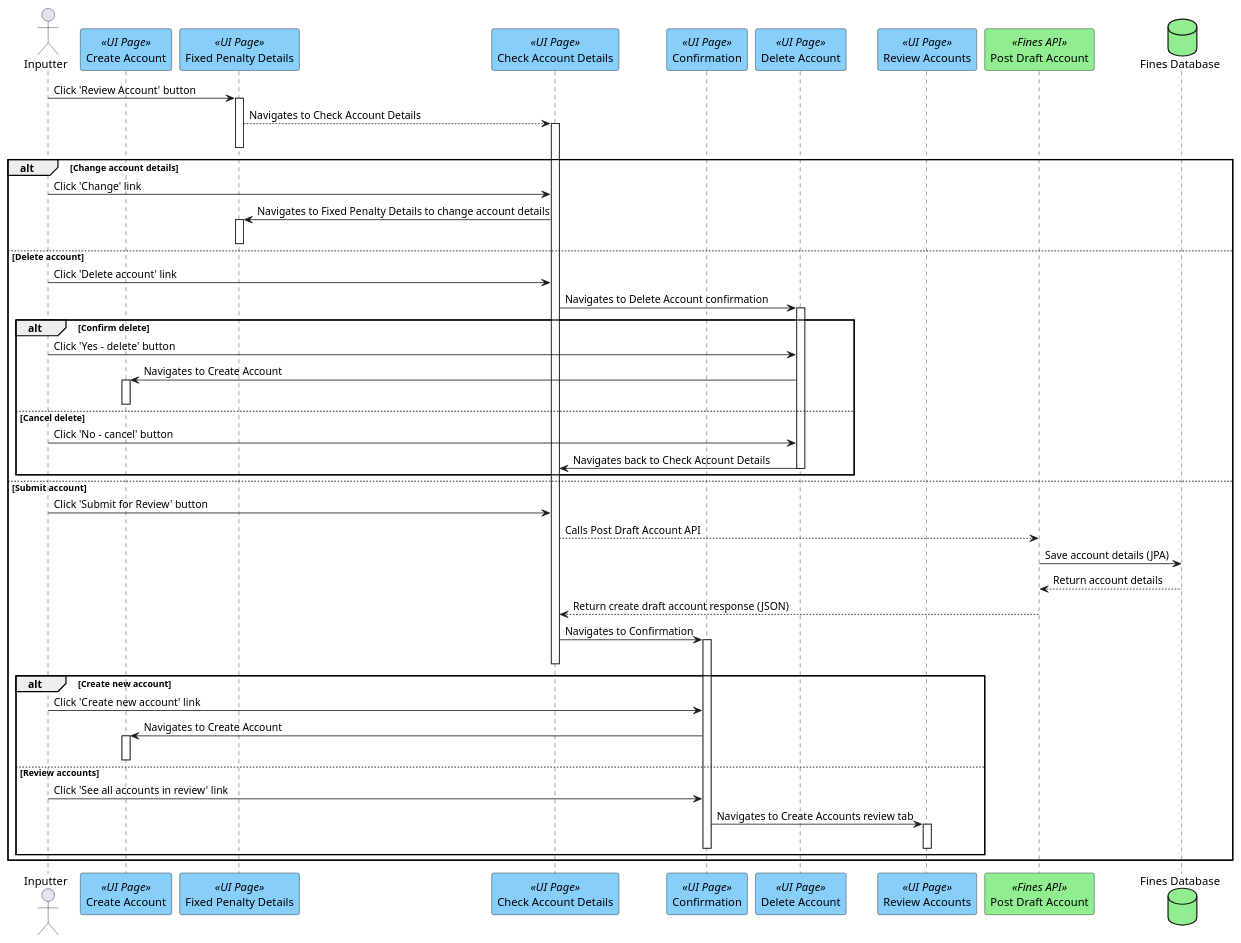
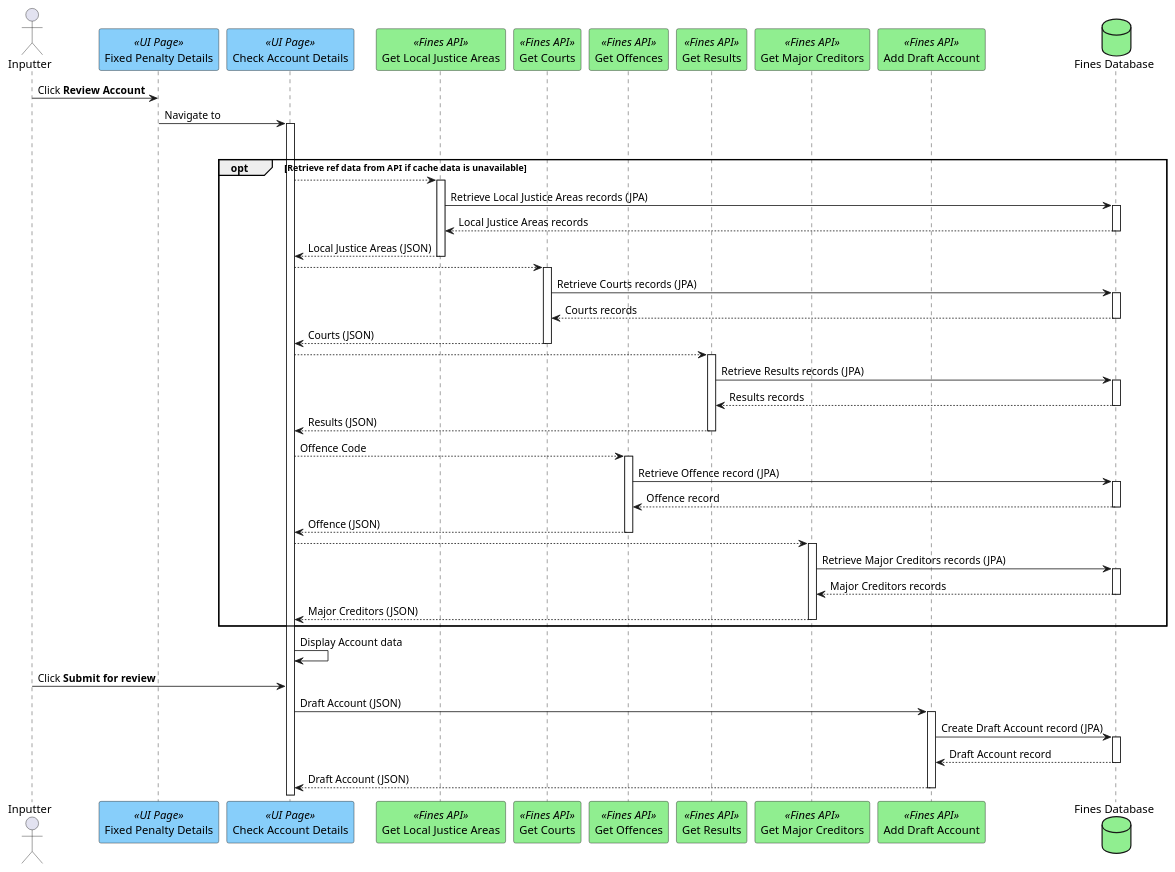
Before and after one commit to hmcts/opal-docs: the diagram in plantUML/mac-manual-fixed-penalty/mac-review-and-submit.puml, drawn with PlantUML.

Commit message:
Update review and submit for mfp

```diff
--- a/plantUML/mac-manual-fixed-penalty/mac-review-and-submit.puml
+++ b/plantUML/mac-manual-fixed-penalty/mac-review-and-submit.puml
@@ -1,50 +1,44 @@
 @startuml
 actor "Inputter" as user
-participant "Create Account" as createAccount <<UI Page>> #lightskyblue
-participant "Fixed Penalty Details" as fixedPenaltyDetails<<UI Page>> #lightskyblue
-participant "Check Account Details" as checkAccountDetails <<UI Page>> #lightskyblue
-participant "Confirmation" as confirmation <<UI Page>> #lightskyblue
-participant "Delete Account" as delete <<UI Page>> #lightskyblue
-participant "Review Accounts" as reviewAccount<<UI Page>> #lightskyblue
-participant "Post Draft Account" as postDraftAccount<<Fines API>> #lightgreen
+participant "Fixed Penalty Details" as fixedPenaltyDetails <<UI Page>> #lightskyblue
+participant "Check Account Details" as review <<UI Page>> #lightskyblue
+participant "Get Local Justice Areas" as ljas <<Fines API>> #lightgreen
+participant "Get Courts" as courts <<Fines API>> #lightgreen
+participant "Get Offences" as offences <<Fines API>> #lightgreen
+participant "Get Results" as results <<Fines API>> #lightgreen
+participant "Get Major Creditors" as majors <<Fines API>> #lightgreen
+participant "Add Draft Account" as fines <<Fines API>> #lightgreen
 database "Fines Database" as db #lightgreen
 
-user -> fixedPenaltyDetails++ : Click 'Review Account' button
-fixedPenaltyDetails--> checkAccountDetails ++ : Navigates to Check Account Details
-fixedPenaltyDetails--
-alt Change account details
-user -> checkAccountDetails : Click 'Change' link
-checkAccountDetails -> fixedPenaltyDetails++ : Navigates to Fixed Penalty Details to change account details
-fixedPenaltyDetails--
-else Delete account
-user -> checkAccountDetails : Click 'Delete account' link
-checkAccountDetails -> delete ++ : Navigates to Delete Account confirmation
-alt Confirm delete
-user -> delete : Click 'Yes - delete' button
-delete -> createAccount ++ : Navigates to Create Account
-createAccount --
-else Cancel delete
-user -> delete : Click 'No - cancel' button
-delete -> checkAccountDetails : Navigates back to Check Account Details
-delete --
+user -> fixedPenaltyDetails : Click <b>Review Account</b>
+fixedPenaltyDetails -> review ++ : Navigate to
+deactivate fixedPenaltyDetails
+opt Retrieve ref data from API if cache data is unavailable
+    review --> ljas ++
+    ljas -> db ++ : Retrieve Local Justice Areas records (JPA)
+    ljas <-- db -- : Local Justice Areas records
+    review <-- ljas -- : Local Justice Areas (JSON)
+    review --> courts ++
+    courts -> db ++ : Retrieve Courts records (JPA)
+    courts <-- db -- : Courts records
+    review <-- courts -- : Courts (JSON)
+    review --> results ++
+    results -> db ++ : Retrieve Results records (JPA)
+    results <-- db -- : Results records
+    review <-- results -- : Results (JSON)
+    review --> offences ++ : Offence Code
+    offences -> db ++ : Retrieve Offence record (JPA)
+    offences <-- db -- : Offence record
+    review <-- offences -- : Offence (JSON)
+    review --> majors ++
+    majors -> db ++ : Retrieve Major Creditors records (JPA)
+    majors <-- db -- : Major Creditors records
+    review <-- majors -- : Major Creditors (JSON)
 end
-else Submit account
-user -> checkAccountDetails : Click 'Submit for Review' button
-checkAccountDetails --> postDraftAccount: Calls Post Draft Account API
-postDraftAccount-> db : Save account details (JPA)
-db --> postDraftAccount: Return account details
-postDraftAccount--> checkAccountDetails : Return create draft account response (JSON)
-checkAccountDetails -> confirmation ++ : Navigates to Confirmation
-checkAccountDetails --
-alt Create new account
-user -> confirmation : Click 'Create new account' link
-confirmation -> createAccount ++ : Navigates to Create Account
-createAccount --
-else Review accounts
-user -> confirmation : Click 'See all accounts in review' link
-confirmation -> reviewAccount++: Navigates to Create Accounts review tab
-reviewAccount--
-confirmation --
-end
-end
+review -> review : Display Account data
+user -> review : Click <b>Submit for review</b>
+review -> fines ++ : Draft Account (JSON)
+fines -> db ++ : Create Draft Account record (JPA)
+fines <-- db -- : Draft Account record
+review <-- fines -- : Draft Account (JSON)
 @enduml
```
